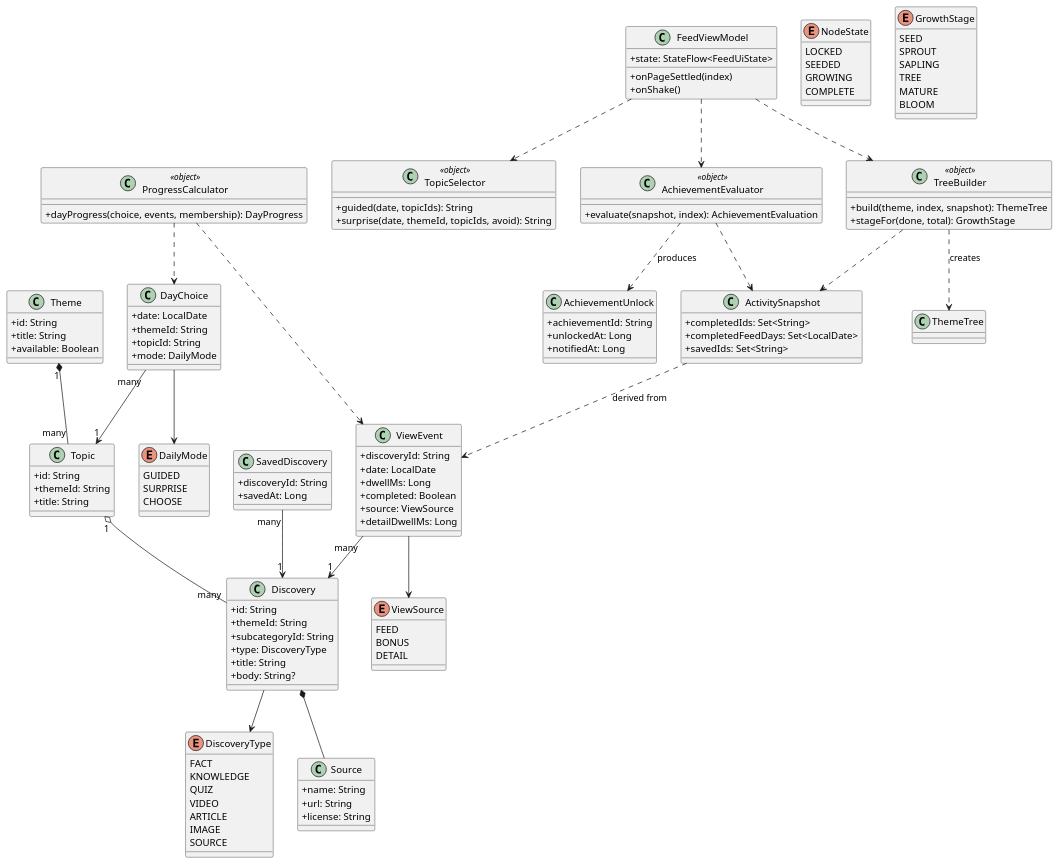
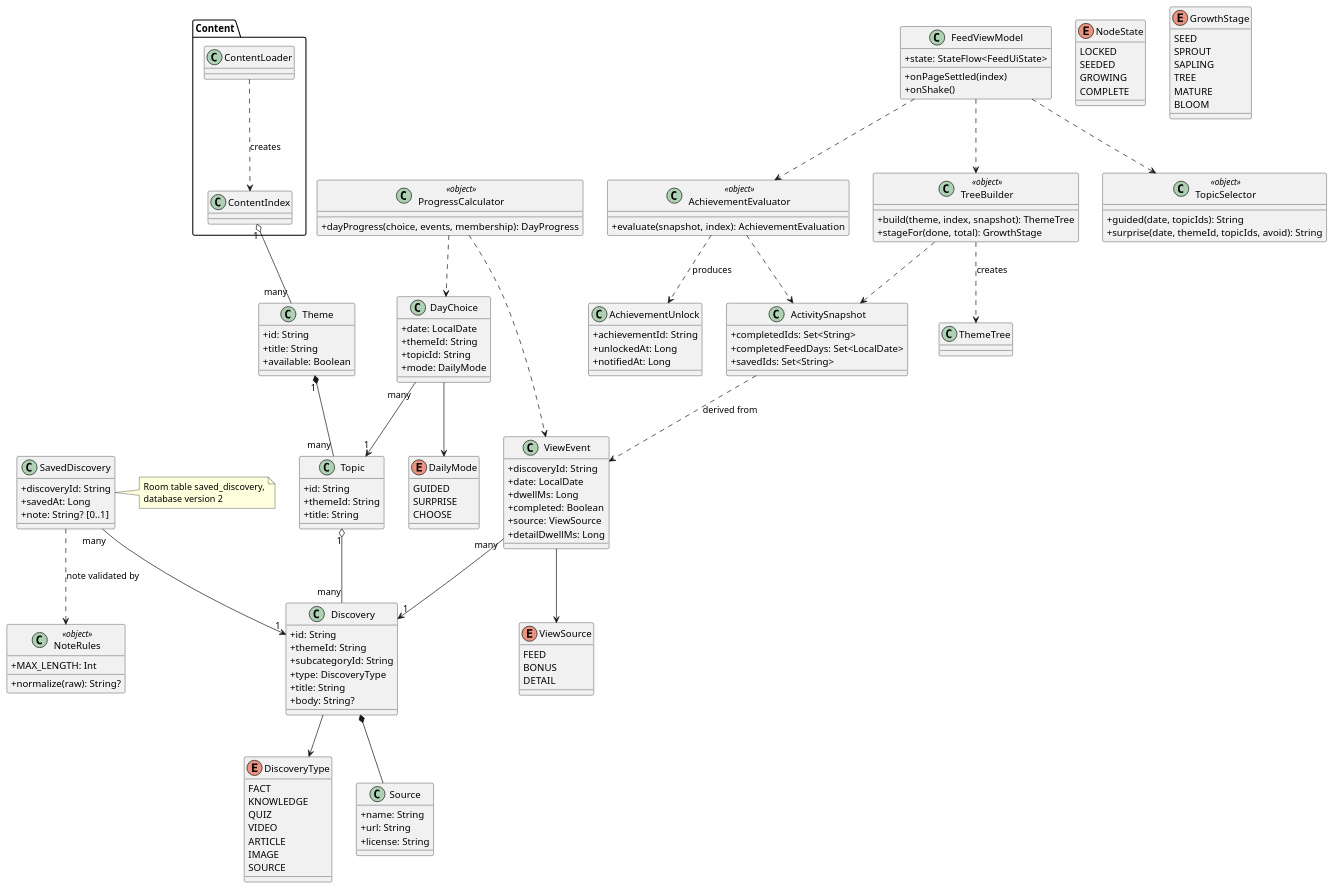
Before and after one commit to Alexia-Crisan/Curio: the ninth of 10 diagrams in docs/CURIO_requirements_and_diagrams.md, drawn with PlantUML. The commit also changed other lines of this file and 2 other files, not shown here.

Commit message:
docs: requirements, diagrams, acceptance matrix and demo script match the final app

````diff
--- a/docs/CURIO_requirements_and_diagrams.md
+++ b/docs/CURIO_requirements_and_diagrams.md
@@ -412,6 +442,7 @@
 class SavedDiscovery {
   +discoveryId: String
   +savedAt: Long
+  +note: String? [0..1]
 }
 class AchievementUnlock {
   +achievementId: String
@@ -443,6 +474,16 @@
   +onPageSettled(index)
   +onShake()
 }
+class NoteRules <<object>> {
+  +MAX_LENGTH: Int
+  +normalize(raw): String?
+}
+package "Content" {
+  class ContentLoader {
+  }
+  class ContentIndex {
+  }
+}
 
 Theme "1" *-- "many" Topic
 Topic "1" o-- "many" Discovery
@@ -463,5 +504,9 @@
 FeedViewModel ..> TopicSelector
 FeedViewModel ..> TreeBuilder
 FeedViewModel ..> AchievementEvaluator
+SavedDiscovery ..> NoteRules : note validated by
+ContentLoader ..> ContentIndex : creates
+ContentIndex "1" o-- "many" Theme
+note right of SavedDiscovery : Room table saved_discovery,\ndatabase version 2
 @enduml
 ```
````
